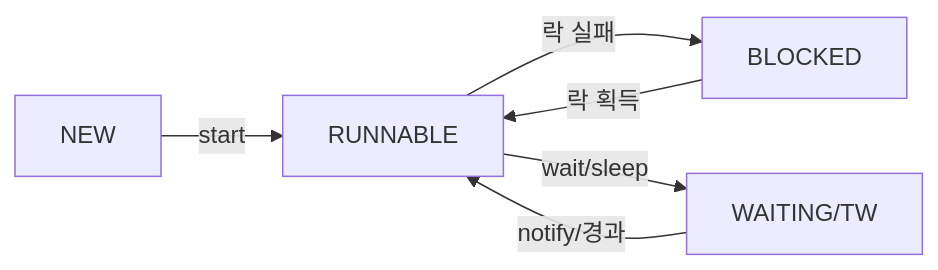
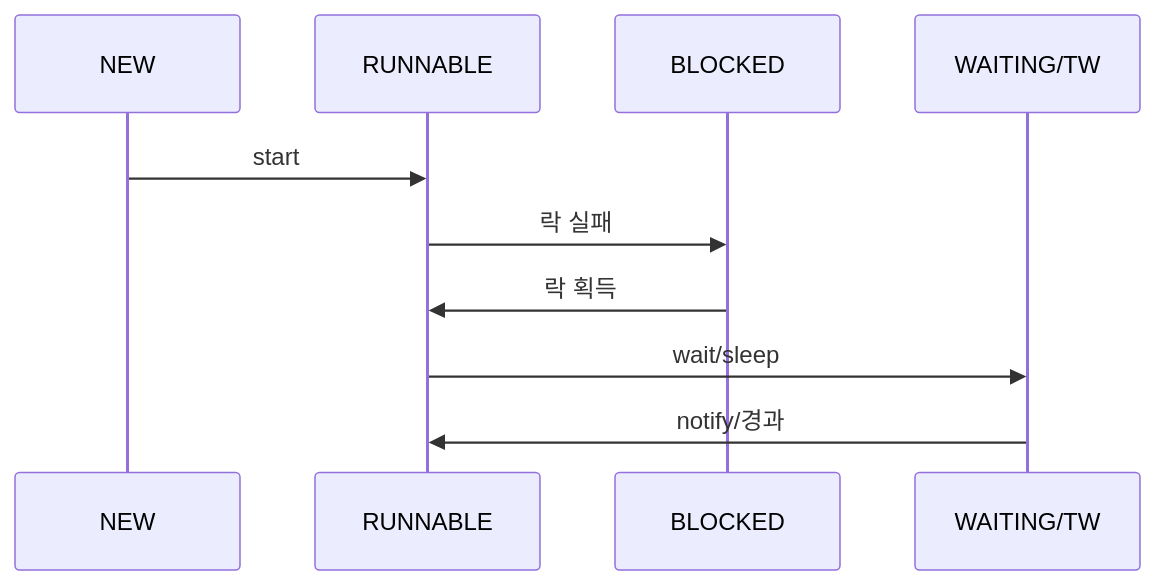
Before and after one commit to yjkim2015/yjkim2015.github.io: the fourth of 17 diagrams in _posts/java/2026-05-01-java-thread.md, drawn with Mermaid. The commit also changed other lines of this file and 89 other files, not shown here.

First line of the commit message:
복잡한 flowchart 163개 → sequenceDiagram 변환 (90파일)

````diff
--- a/_posts/java/2026-05-01-java-thread.md
+++ b/_posts/java/2026-05-01-java-thread.md
@@ -73,8 +76,8 @@
 ```mermaid
-graph LR
-    NEW -->|start| RUNNABLE
-    RUNNABLE -->|락 실패| BLOCKED
-    BLOCKED -->|락 획득| RUNNABLE
-    RUNNABLE -->|wait/sleep| WAITING["WAITING/TW"]
-    WAITING -->|notify/경과| RUNNABLE
+sequenceDiagram
+    NEW->>RUNNABLE: start
+    RUNNABLE->>BLOCKED: 락 실패
+    BLOCKED->>RUNNABLE: 락 획득
+    RUNNABLE->>WAITING/TW: wait/sleep
+    WAITING/TW->>RUNNABLE: notify/경과
 ```
````
